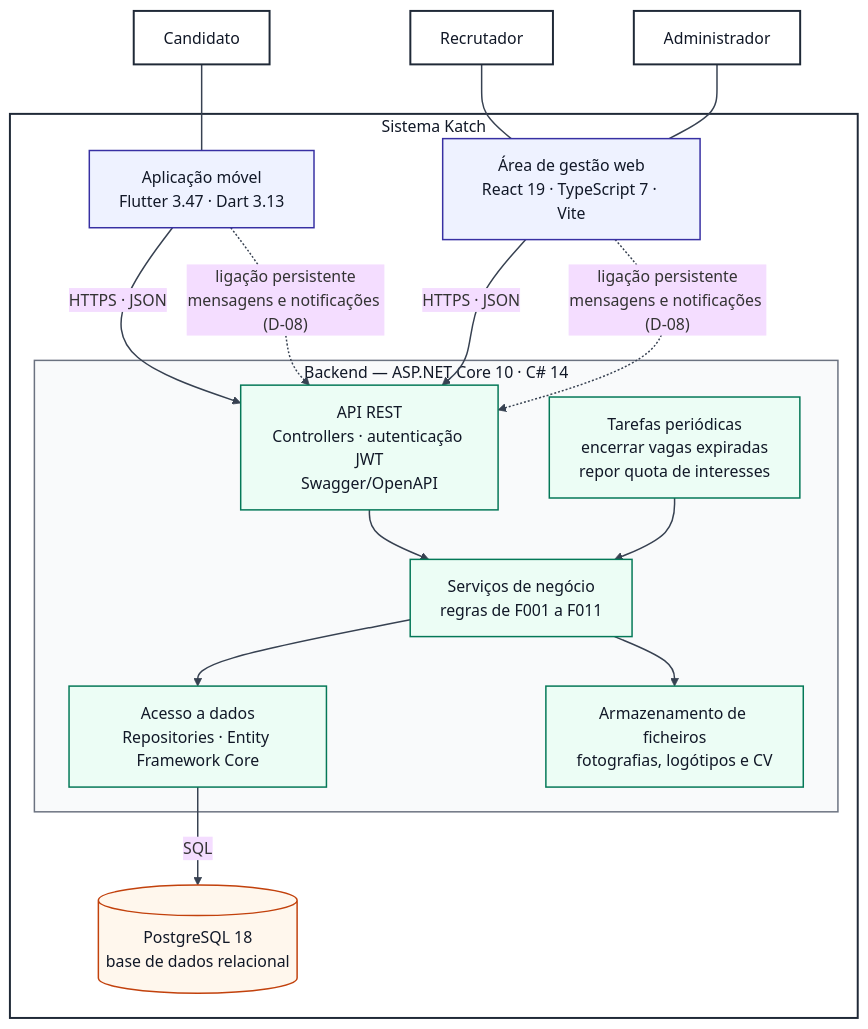
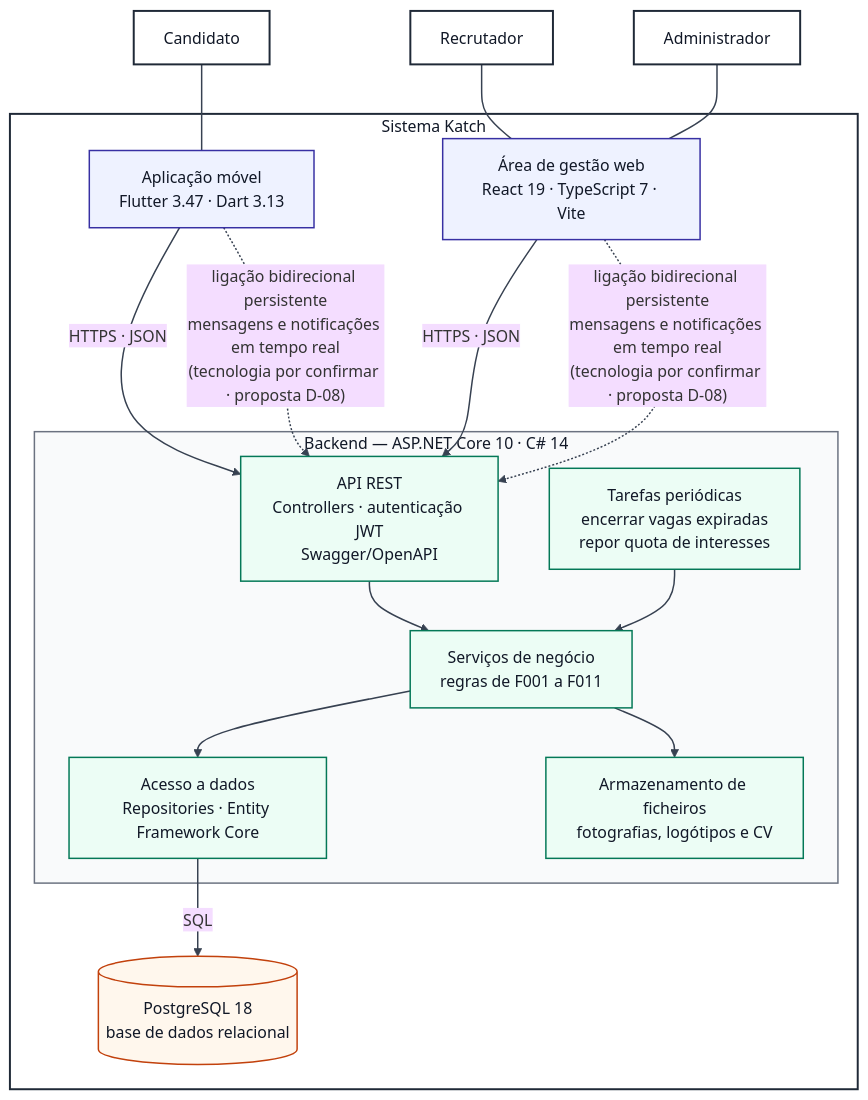
One commit to katch-lds/katch-docs changed the first of 2 diagrams in 04-artefactos-tecnicos/04.05-arquitetura/m2-documentacao-arquitetura-v01.md. Above: the diagram before and after it, drawn with Mermaid (base theme). The commit also changed other lines of this file, not shown here.

````diff
--- a/04-artefactos-tecnicos/04.05-arquitetura/m2-documentacao-arquitetura-v01.md
+++ b/04-artefactos-tecnicos/04.05-arquitetura/m2-documentacao-arquitetura-v01.md
@@ -54,48 +55,48 @@
 ```mermaid
 flowchart TB
     Cand["Candidato"]
     Rec["Recrutador"]
     Adm["Administrador"]
 
     subgraph Katch["Sistema Katch"]
         Mobile["Aplicação móvel<br/>Flutter 3.47 · Dart 3.13"]
         Web["Área de gestão web<br/>React 19 · TypeScript 7 · Vite"]
 
         subgraph Backend["Backend — ASP.NET Core 10 · C# 14"]
             API["API REST<br/>Controllers · autenticação JWT<br/>Swagger/OpenAPI"]
             Serv["Serviços de negócio<br/>regras de F001 a F011"]
             Jobs["Tarefas periódicas<br/>encerrar vagas expiradas<br/>repor quota de interesses"]
             Rep["Acesso a dados<br/>Repositories · Entity Framework Core"]
             FS["Armazenamento de ficheiros<br/>fotografias, logótipos e CV"]
         end
 
         DB[("PostgreSQL 18<br/>base de dados relacional")]
     end
 
     Cand --- Mobile
     Rec --- Web
     Adm --- Web
 
     Mobile -->|"HTTPS · JSON"| API
     Web -->|"HTTPS · JSON"| API
-    Mobile -.->|"ligação persistente<br/>mensagens e notificações (D-08)"| API
-    Web -.->|"ligação persistente<br/>mensagens e notificações (D-08)"| API
+    Mobile -.->|"ligação bidirecional persistente<br/>mensagens e notificações em tempo real<br/>(tecnologia por confirmar · proposta D-08)"| API
+    Web -.->|"ligação bidirecional persistente<br/>mensagens e notificações em tempo real<br/>(tecnologia por confirmar · proposta D-08)"| API
 
     API --> Serv
     Jobs --> Serv
     Serv --> Rep
     Serv --> FS
     Rep -->|"SQL"| DB
 
     classDef ator fill:#ffffff,stroke:#1f2937,stroke-width:2px,color:#111827
     classDef cliente fill:#eef2ff,stroke:#3730a3,stroke-width:1.5px,color:#111827
     classDef servidor fill:#ecfdf5,stroke:#047857,stroke-width:1.5px,color:#111827
     classDef dados fill:#fff7ed,stroke:#c2410c,stroke-width:1.5px,color:#111827
     class Cand,Rec,Adm ator
     class Mobile,Web cliente
     class API,Serv,Jobs,Rep,FS servidor
     class DB dados
     style Katch fill:#ffffff,stroke:#1f2937,stroke-width:2px,color:#111827
     style Backend fill:#f9fafb,stroke:#6b7280,stroke-width:1.5px,color:#111827
     linkStyle default stroke:#374151,stroke-width:1.5px
 ```
````
